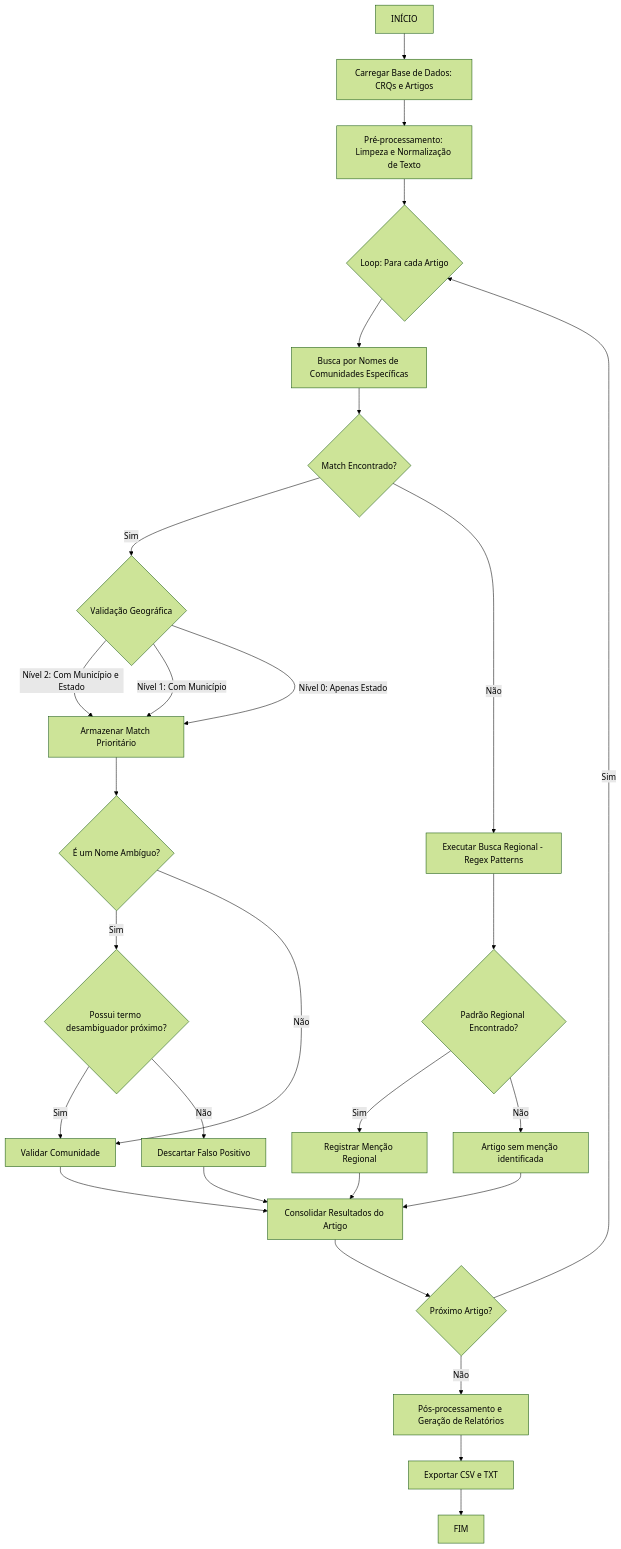
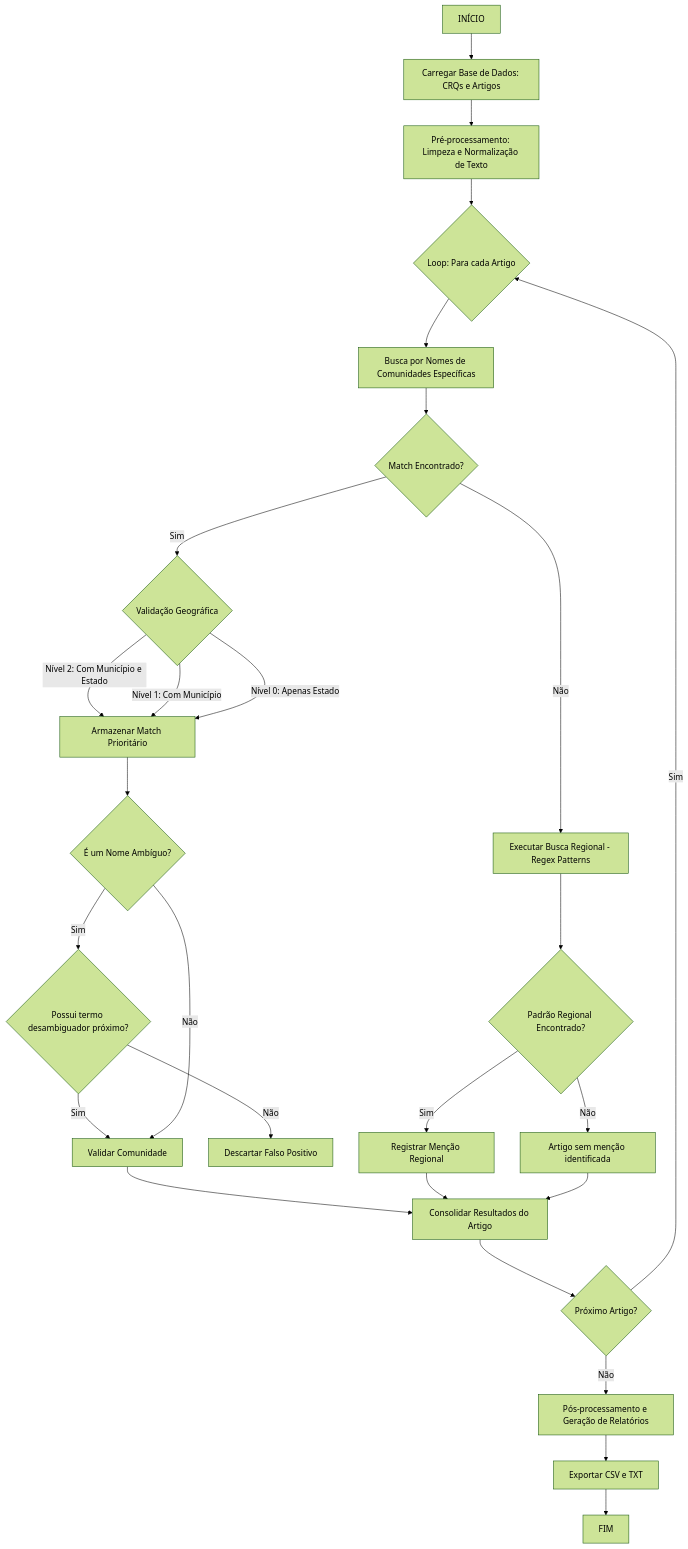
The diagram in README.md (MensureLab/DandaraData), drawn with Mermaid (forest theme) before and after one commit.

Commit message:
reparação do fluxograma

````diff
--- a/README.md
+++ b/README.md
@@ -48,39 +48,38 @@
 ```mermaid
 graph TD
     A[INÍCIO] --> B[Carregar Base de Dados: CRQs e Artigos]
     B --> C[Pré-processamento: Limpeza e Normalização de Texto]
     C --> D{Loop: Para cada Artigo}
     
     D --> E[Busca por Nomes de Comunidades Específicas]
     E --> F{Match Encontrado?}
     
     %% Fluxo de Validação Específica
     F -- Sim --> G{Validação Geográfica}
     G -- Nível 2: Com Município e Estado --> H[Armazenar Match Prioritário]
     G -- Nível 1: Com Município --> H
     G -- Nível 0: Apenas Estado --> H
     
     H --> I{É um Nome Ambíguo?}
     I -- Sim --> J{Possui termo desambiguador próximo?}
     J -- Sim --> K[Validar Comunidade]
     J -- Não --> L[Descartar Falso Positivo]
     I -- Não --> K
     
     %% Fluxo Regional
     F -- Não --> M[Executar Busca Regional - Regex Patterns]
     M --> N{Padrão Regional Encontrado?}
     N -- Sim --> O[Registrar Menção Regional]
     N -- Não --> P[Artigo sem menção identificada]
     
     K --> Q[Consolidar Resultados do Artigo]
     O --> Q
-    L --> Q
     P --> Q
     
     Q --> R{Próximo Artigo?}
     R -- Sim --> D
     R -- Não --> S[Pós-processamento e Geração de Relatórios]
     S --> T[Exportar CSV e TXT]
     T --> U[FIM]
 
 ```
````
